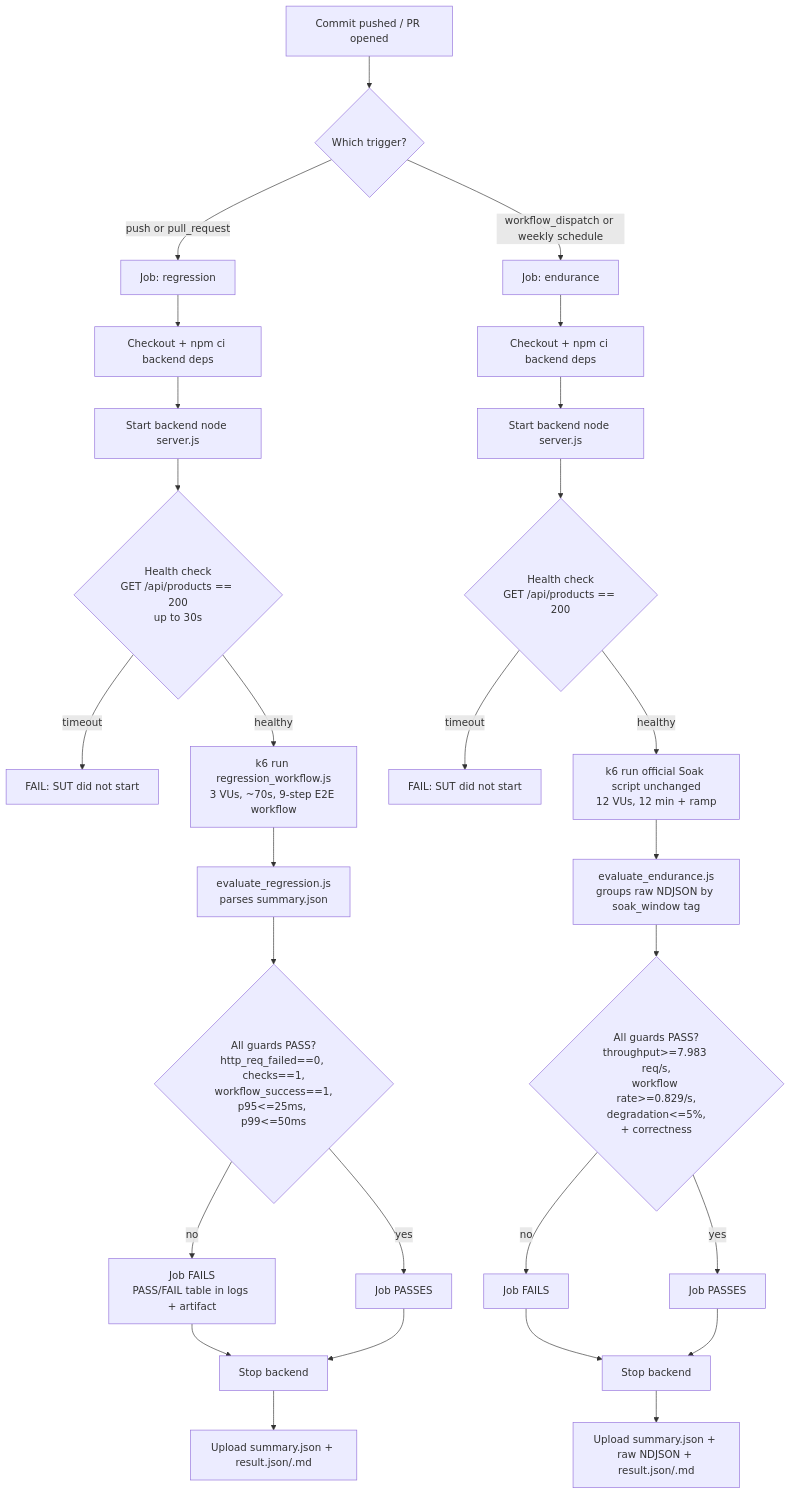
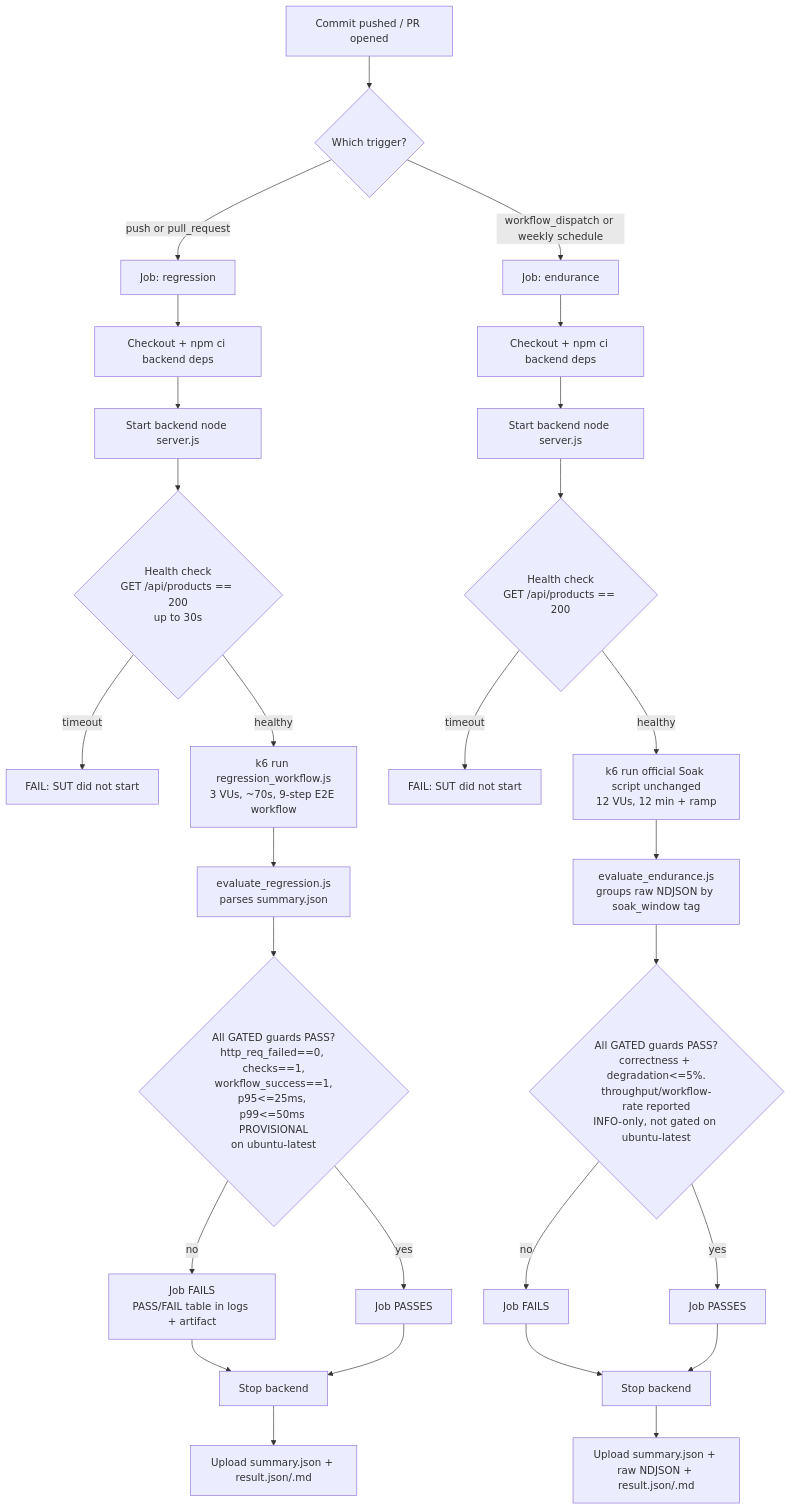
The diagram in work/task3_continuous_performance_pipeline.md (BuhDuy256/automation-testing-hw04), drawn with Mermaid before and after one commit. The commit also changed other lines of this file and 6 other files, not shown here.

````diff
--- a/work/task3_continuous_performance_pipeline.md
+++ b/work/task3_continuous_performance_pipeline.md
@@ -23,32 +47,32 @@
 ```mermaid
 flowchart TD
     A[Commit pushed / PR opened] --> B{Which trigger?}
     B -- push or pull_request --> C[Job: regression]
     B -- workflow_dispatch or weekly schedule --> D[Job: endurance]
 
     C --> C1[Checkout + npm ci backend deps]
     C1 --> C2[Start backend node server.js]
     C2 --> C3{Health check<br/>GET /api/products == 200<br/>up to 30s}
     C3 -- timeout --> CFAIL[FAIL: SUT did not start]
     C3 -- healthy --> C4[k6 run regression_workflow.js<br/>3 VUs, ~70s, 9-step E2E workflow]
     C4 --> C5[evaluate_regression.js<br/>parses summary.json]
-    C5 --> C6{All guards PASS?<br/>http_req_failed==0, checks==1,<br/>workflow_success==1,<br/>p95<=25ms, p99<=50ms}
+    C5 --> C6{All GATED guards PASS?<br/>http_req_failed==0, checks==1,<br/>workflow_success==1,<br/>p95<=25ms, p99<=50ms PROVISIONAL<br/>on ubuntu-latest}
     C6 -- no --> C7[Job FAILS<br/>PASS/FAIL table in logs + artifact]
     C6 -- yes --> C8[Job PASSES]
     C7 --> C9[Stop backend]
     C8 --> C9
     C9 --> C10[Upload summary.json + result.json/.md]
 
     D --> D1[Checkout + npm ci backend deps]
     D1 --> D2[Start backend node server.js]
     D2 --> D3{Health check<br/>GET /api/products == 200}
     D3 -- timeout --> DFAIL[FAIL: SUT did not start]
     D3 -- healthy --> D4[k6 run official Soak script unchanged<br/>12 VUs, 12 min + ramp]
     D4 --> D5[evaluate_endurance.js<br/>groups raw NDJSON by soak_window tag]
-    D5 --> D6{All guards PASS?<br/>throughput>=7.983 req/s,<br/>workflow rate>=0.829/s,<br/>degradation<=5%,<br/>+ correctness}
+    D5 --> D6{All GATED guards PASS?<br/>correctness + degradation<=5%.<br/>throughput/workflow-rate reported<br/>INFO-only, not gated on ubuntu-latest}
     D6 -- no --> D7[Job FAILS]
     D6 -- yes --> D8[Job PASSES]
     D7 --> D9[Stop backend]
     D8 --> D9
     D9 --> D10[Upload summary.json + raw NDJSON + result.json/.md]
 ```
````
